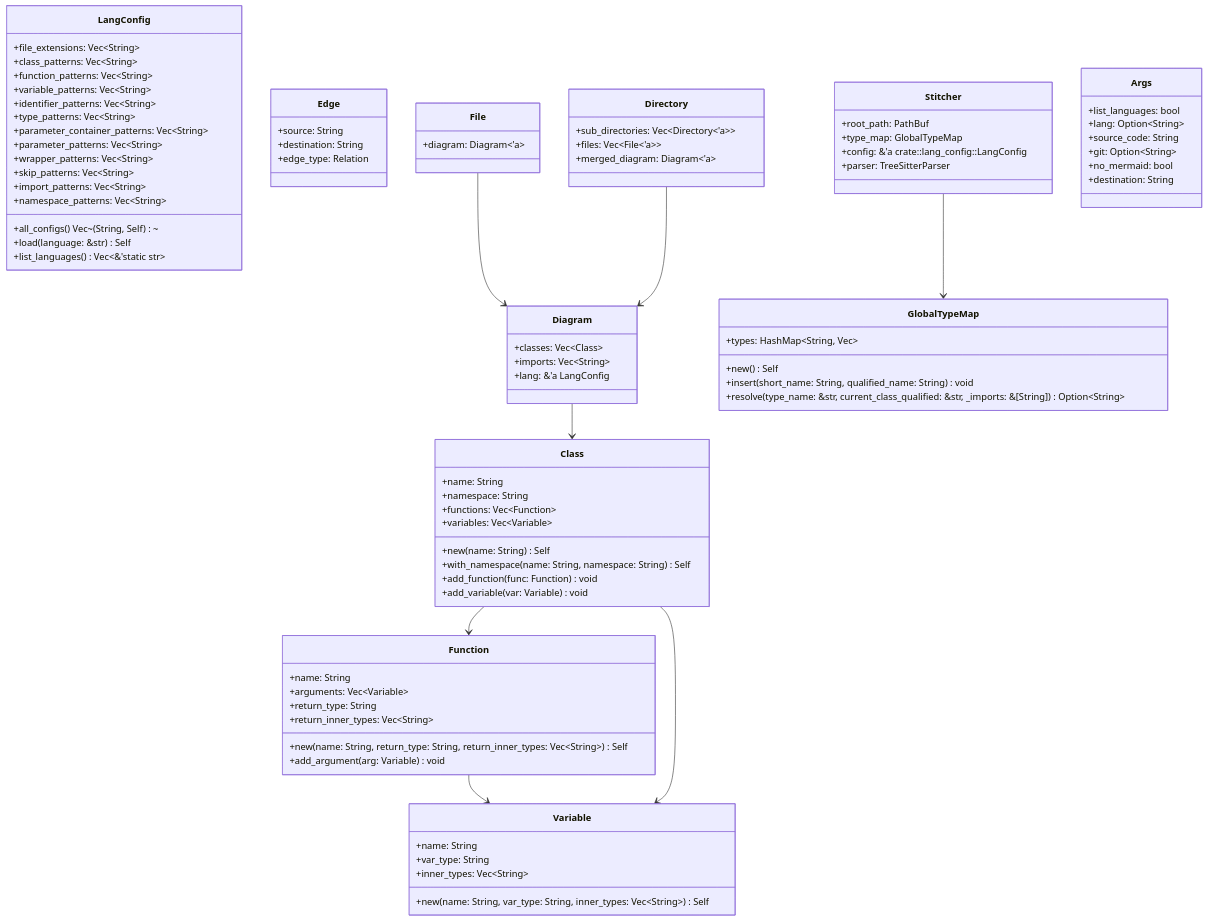
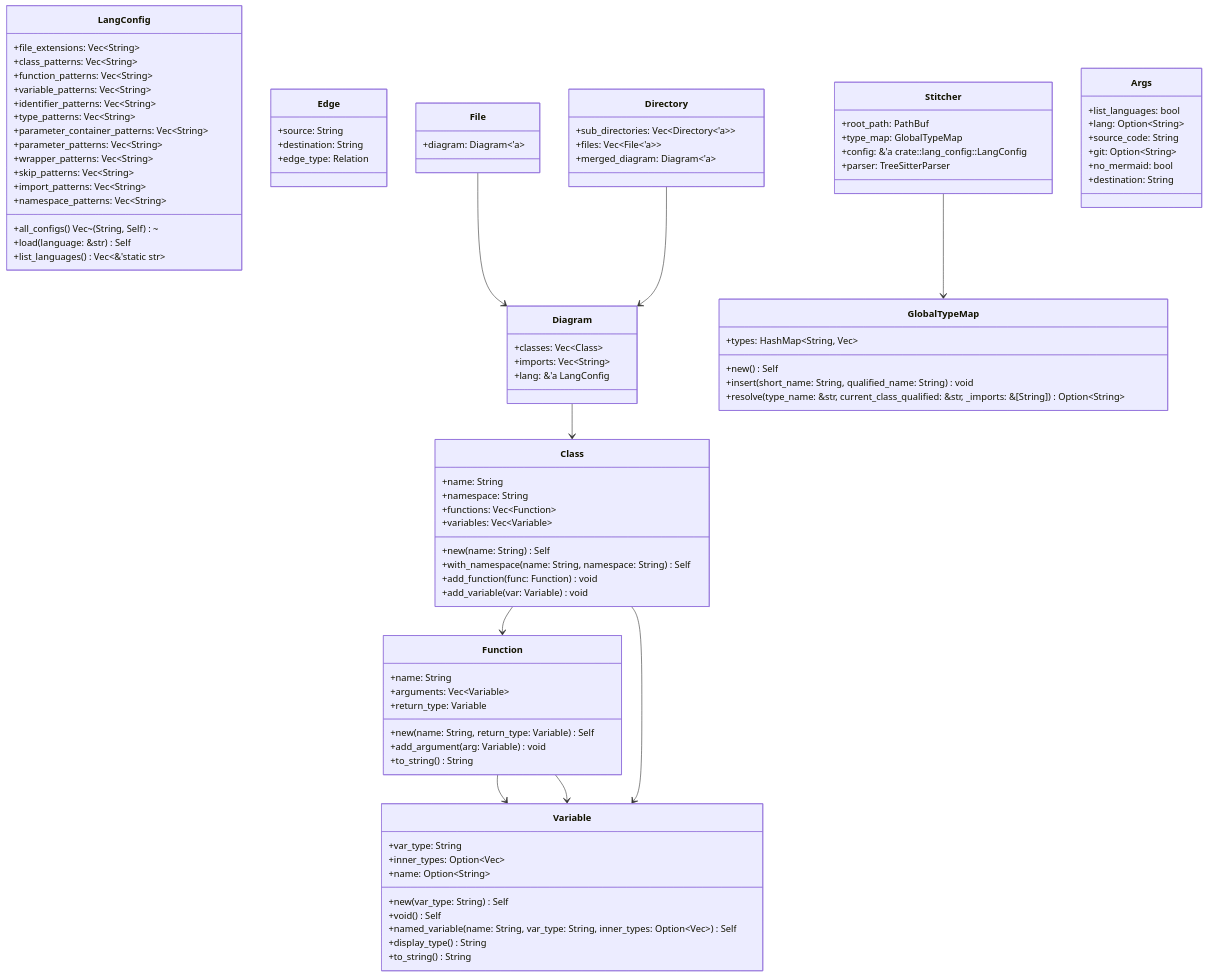
Before and after one commit to EthanDGee/Auto-UML: the diagram in UML.md, drawn with Mermaid.

Commit message:
docs: update UML diagram [skip ci]

````diff
--- a/UML.md
+++ b/UML.md
@@ -1,90 +1,95 @@
 ```mermaid
 classDiagram
-    class LangConfig {
-        +file_extensions: Vec~String~
-        +class_patterns: Vec~String~
-        +function_patterns: Vec~String~
-        +variable_patterns: Vec~String~
-        +identifier_patterns: Vec~String~
-        +type_patterns: Vec~String~
-        +parameter_container_patterns: Vec~String~
-        +parameter_patterns: Vec~String~
-        +wrapper_patterns: Vec~String~
-        +skip_patterns: Vec~String~
-        +import_patterns: Vec~String~
-        +namespace_patterns: Vec~String~
-        +all_configs() Vec~(String, Self)~
-        +load(language: &str) Self
-        +list_languages() Vec~&'static str~
-    }
-    class Edge {
-        +source: String
-        +destination: String
-        +edge_type: Relation
-    }
-    class Variable {
-        +name: String
-        +var_type: String
-        +inner_types: Vec~String~
-        +new(name: String, var_type: String, inner_types: Vec~String~) Self
-    }
-    class Function {
-        +name: String
-        +arguments: Vec~Variable~
-        +return_type: String
-        +return_inner_types: Vec~String~
-        +new(name: String, return_type: String, return_inner_types: Vec~String~) Self
-        +add_argument(arg: Variable) void
-    }
-    class Class {
-        +name: String
-        +namespace: String
-        +functions: Vec~Function~
-        +variables: Vec~Variable~
-        +new(name: String) Self
-        +with_namespace(name: String, namespace: String) Self
-        +add_function(func: Function) void
-        +add_variable(var: Variable) void
-    }
-    class Diagram {
-        +classes: Vec~Class~
-        +imports: Vec~String~
-        +lang: &'a LangConfig
-    }
-    class File {
-        +diagram: Diagram~'a~
-    }
-    class Directory {
-        +sub_directories: Vec~Directory<'a>~
-        +files: Vec~File<'a>~
-        +merged_diagram: Diagram~'a~
-    }
-    class GlobalTypeMap {
-        +types: HashMap~String, Vec<String>~
-        +new() Self
-        +insert(short_name: String, qualified_name: String) void
-        +resolve(type_name: &str, current_class_qualified: &str, _imports: &[String]) Option~String~
-    }
-    class Stitcher {
-        +root_path: PathBuf
-        +type_map: GlobalTypeMap
-        +config: &'a crate::lang_config::LangConfig
-        +parser: TreeSitterParser
-    }
-    class Args {
-        +list_languages: bool
-        +lang: Option~String~
-        +source_code: String
-        +git: Option~String~
-        +no_mermaid: bool
-        +destination: String
-    }
-    Function --> Variable
-    Class --> Function
-    Class --> Variable
-    Diagram --> Class
-    File --> Diagram
-    Directory --> Diagram
-    Stitcher --> GlobalTypeMap
+	class LangConfig {
+		+file_extensions: Vec~String~
+		+class_patterns: Vec~String~
+		+function_patterns: Vec~String~
+		+variable_patterns: Vec~String~
+		+identifier_patterns: Vec~String~
+		+type_patterns: Vec~String~
+		+parameter_container_patterns: Vec~String~
+		+parameter_patterns: Vec~String~
+		+wrapper_patterns: Vec~String~
+		+skip_patterns: Vec~String~
+		+import_patterns: Vec~String~
+		+namespace_patterns: Vec~String~
+		+all_configs() Vec~(String, Self)~
+		+load(language: &str) Self
+		+list_languages() Vec~&'static str~
+	}
+	class Edge {
+		+source: String
+		+destination: String
+		+edge_type: Relation
+	}
+	class Variable {
+		+var_type: String
+		+inner_types: Option~Vec<String>~
+		+name: Option~String~
+		+new(var_type: String) Self
+		+void() Self
+		+named_variable(name: String, var_type: String, inner_types: Option~Vec<String>~) Self
+		+display_type() String
+		+to_string() String
+	}
+	class Function {
+		+name: String
+		+arguments: Vec~Variable~
+		+return_type: Variable
+		+new(name: String, return_type: Variable) Self
+		+add_argument(arg: Variable) void
+		+to_string() String
+	}
+	class Class {
+		+name: String
+		+namespace: String
+		+functions: Vec~Function~
+		+variables: Vec~Variable~
+		+new(name: String) Self
+		+with_namespace(name: String, namespace: String) Self
+		+add_function(func: Function) void
+		+add_variable(var: Variable) void
+	}
+	class Diagram {
+		+classes: Vec~Class~
+		+imports: Vec~String~
+		+lang: &'a LangConfig
+	}
+	class File {
+		+diagram: Diagram~'a~
+	}
+	class Directory {
+		+sub_directories: Vec~Directory<'a>~
+		+files: Vec~File<'a>~
+		+merged_diagram: Diagram~'a~
+	}
+	class GlobalTypeMap {
+		+types: HashMap~String, Vec<String>~
+		+new() Self
+		+insert(short_name: String, qualified_name: String) void
+		+resolve(type_name: &str, current_class_qualified: &str, _imports: &[String]) Option~String~
+	}
+	class Stitcher {
+		+root_path: PathBuf
+		+type_map: GlobalTypeMap
+		+config: &'a crate::lang_config::LangConfig
+		+parser: TreeSitterParser
+	}
+	class Args {
+		+list_languages: bool
+		+lang: Option~String~
+		+source_code: String
+		+git: Option~String~
+		+no_mermaid: bool
+		+destination: String
+	}
+	Function --> Variable
+	Function --> Variable
+	Class --> Function
+	Class --> Variable
+	Diagram --> Class
+	File --> Diagram
+	Directory --> Diagram
+	Stitcher --> GlobalTypeMap
 
 ```
````
